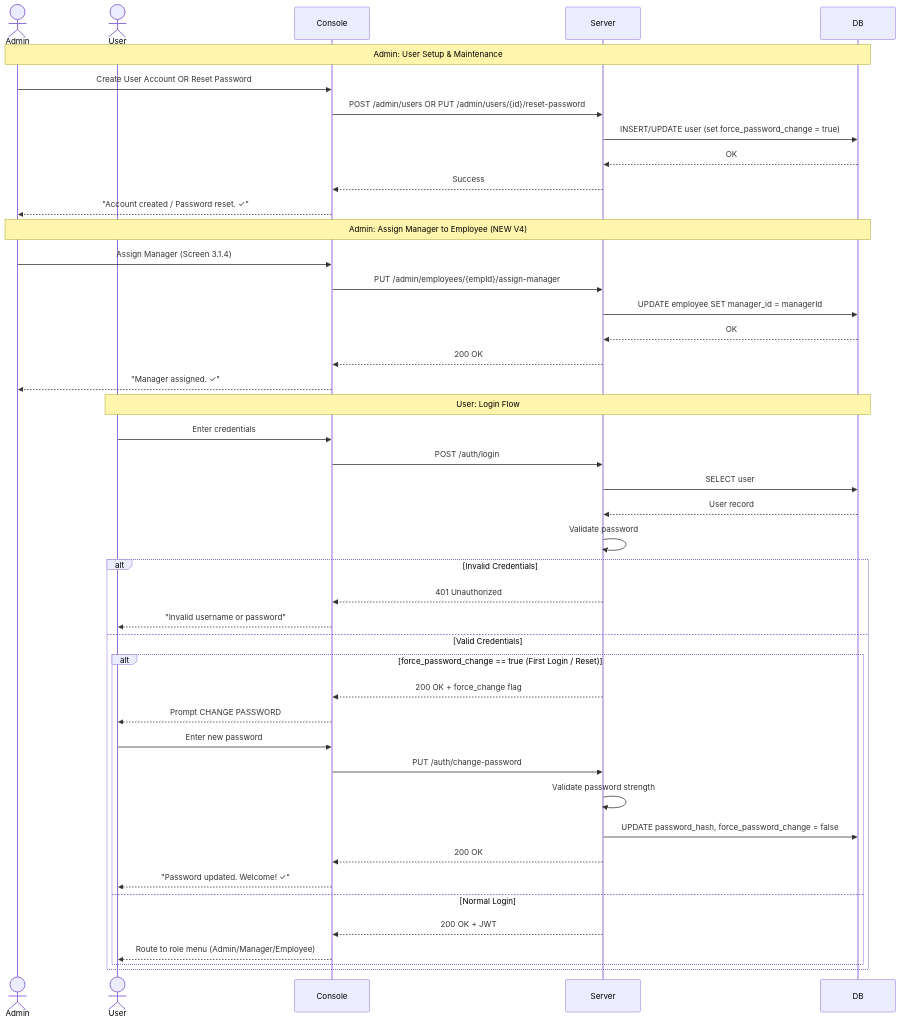
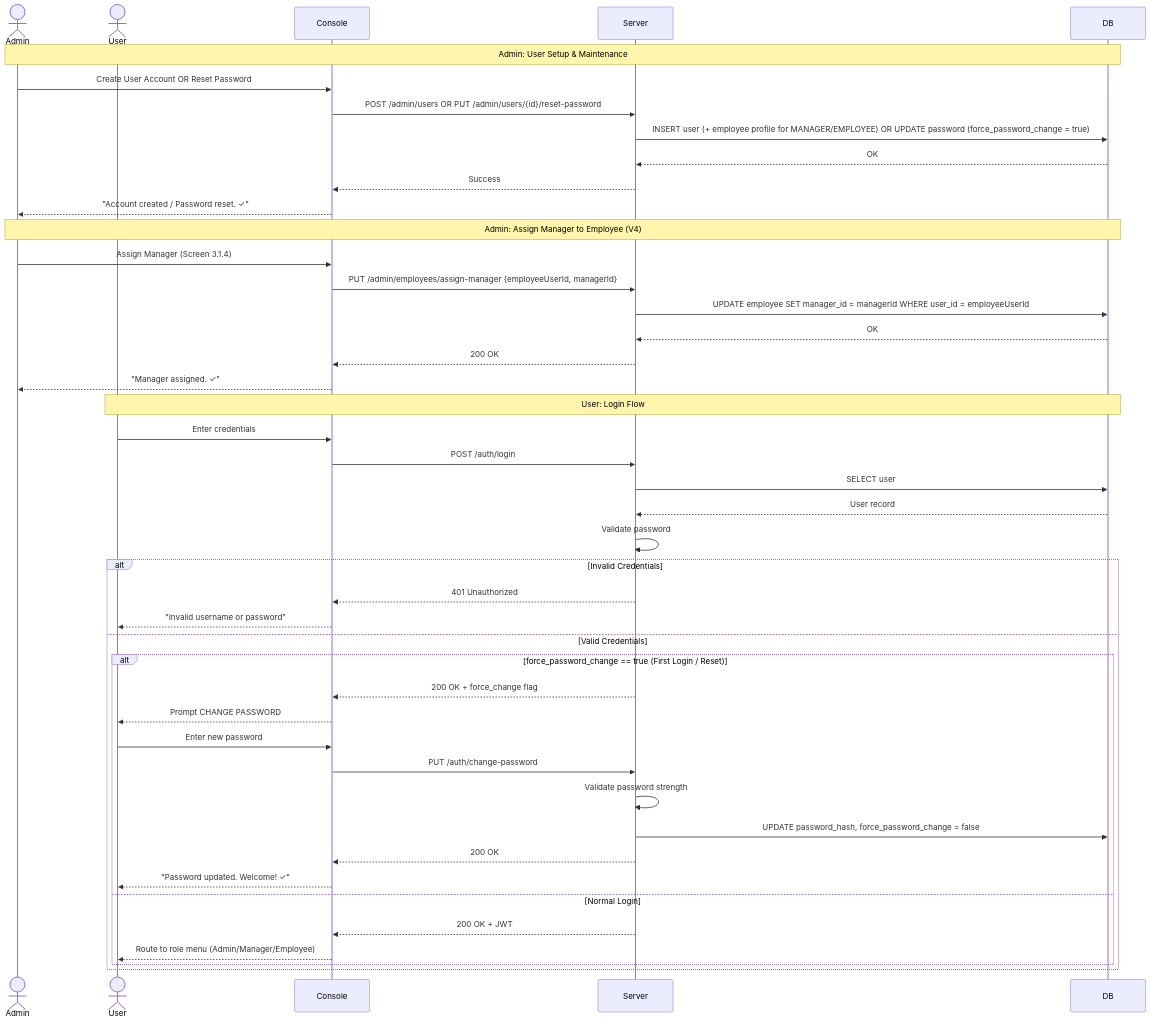
Before and after one commit to RiyaAmetaITT/Project-Resource-Management-tool: the first of 5 diagrams in UML Design/sequence_diagrams.md, drawn with Mermaid. The commit also changed 76 other files, not shown here.

````diff
--- a/UML Design/sequence_diagrams.md
+++ b/UML Design/sequence_diagrams.md
@@ -10,50 +10,50 @@
 ```mermaid
 sequenceDiagram
     actor Admin
     actor User
     participant Console
     participant Server
     participant DB
 
     Note over Admin,DB: Admin: User Setup & Maintenance
     Admin->>Console: Create User Account OR Reset Password
     Console->>Server: POST /admin/users OR PUT /admin/users/{id}/reset-password
-    Server->>DB: INSERT/UPDATE user (set force_password_change = true)
+    Server->>DB: INSERT user (+ employee profile for MANAGER/EMPLOYEE) OR UPDATE password (force_password_change = true)
     DB-->>Server: OK
     Server-->>Console: Success
     Console-->>Admin: "Account created / Password reset. ✓"
 
-    Note over Admin,DB: Admin: Assign Manager to Employee (NEW V4)
+    Note over Admin,DB: Admin: Assign Manager to Employee (V4)
     Admin->>Console: Assign Manager (Screen 3.1.4)
-    Console->>Server: PUT /admin/employees/{empId}/assign-manager
-    Server->>DB: UPDATE employee SET manager_id = managerId
+    Console->>Server: PUT /admin/employees/assign-manager {employeeUserId, managerId}
+    Server->>DB: UPDATE employee SET manager_id = managerId WHERE user_id = employeeUserId
     DB-->>Server: OK
     Server-->>Console: 200 OK
     Console-->>Admin: "Manager assigned. ✓"
 
     Note over User,DB: User: Login Flow
     User->>Console: Enter credentials
     Console->>Server: POST /auth/login
     Server->>DB: SELECT user
     DB-->>Server: User record
     Server->>Server: Validate password
     
     alt Invalid Credentials
         Server-->>Console: 401 Unauthorized
         Console-->>User: "Invalid username or password"
     else Valid Credentials
         alt force_password_change == true (First Login / Reset)
             Server-->>Console: 200 OK + force_change flag
             Console-->>User: Prompt CHANGE PASSWORD
             User->>Console: Enter new password
             Console->>Server: PUT /auth/change-password
             Server->>Server: Validate password strength
             Server->>DB: UPDATE password_hash, force_password_change = false
             Server-->>Console: 200 OK
             Console-->>User: "Password updated. Welcome! ✓"
         else Normal Login
             Server-->>Console: 200 OK + JWT
             Console-->>User: Route to role menu (Admin/Manager/Employee)
         end
     end
 ```
````
